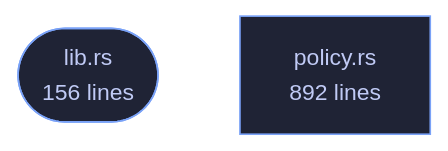
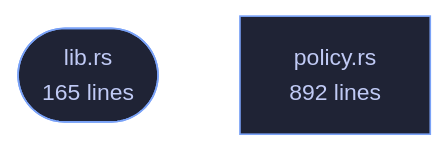
Before and after one commit to tilas01/veilvoice: the diagram in crates/veilvoice-policy/README.md, drawn with Mermaid. The commit also changed other lines of this file and 182 other files, not shown here.

````diff
--- a/crates/veilvoice-policy/README.md
+++ b/crates/veilvoice-policy/README.md
@@ -94,8 +104,8 @@
 ```mermaid
 %%{init: {"theme":"base","themeVariables":{"background":"#1a1b26","primaryColor":"#1f2335","primaryTextColor":"#c0caf5","primaryBorderColor":"#7aa2f7","secondaryColor":"#16161e","tertiaryColor":"#16161e","lineColor":"#737aa2","textColor":"#c0caf5","mainBkg":"#1f2335","nodeBorder":"#7aa2f7","clusterBkg":"#16161e","clusterBorder":"#2f3549","fontFamily":"ui-monospace, SFMono-Regular, Consolas, monospace","fontSize":"14px"}}}%%
 flowchart TD
-    n_lib(["lib.rs<br/>156 lines"])
+    n_lib(["lib.rs<br/>165 lines"])
     n_policy["policy.rs<br/>892 lines"]
     click n_lib href "https://github.com/tilas01/veilvoice/blob/main/crates/veilvoice-policy/src/lib.rs" "open the source"
     click n_policy href "https://github.com/tilas01/veilvoice/blob/main/crates/veilvoice-policy/src/policy.rs" "open the source"
 ```
````
